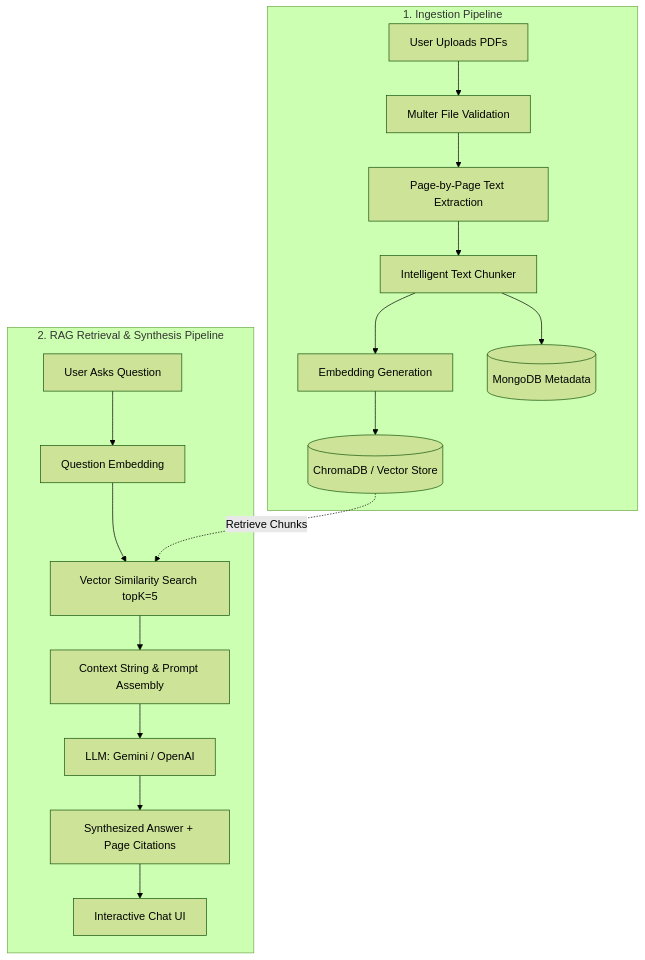
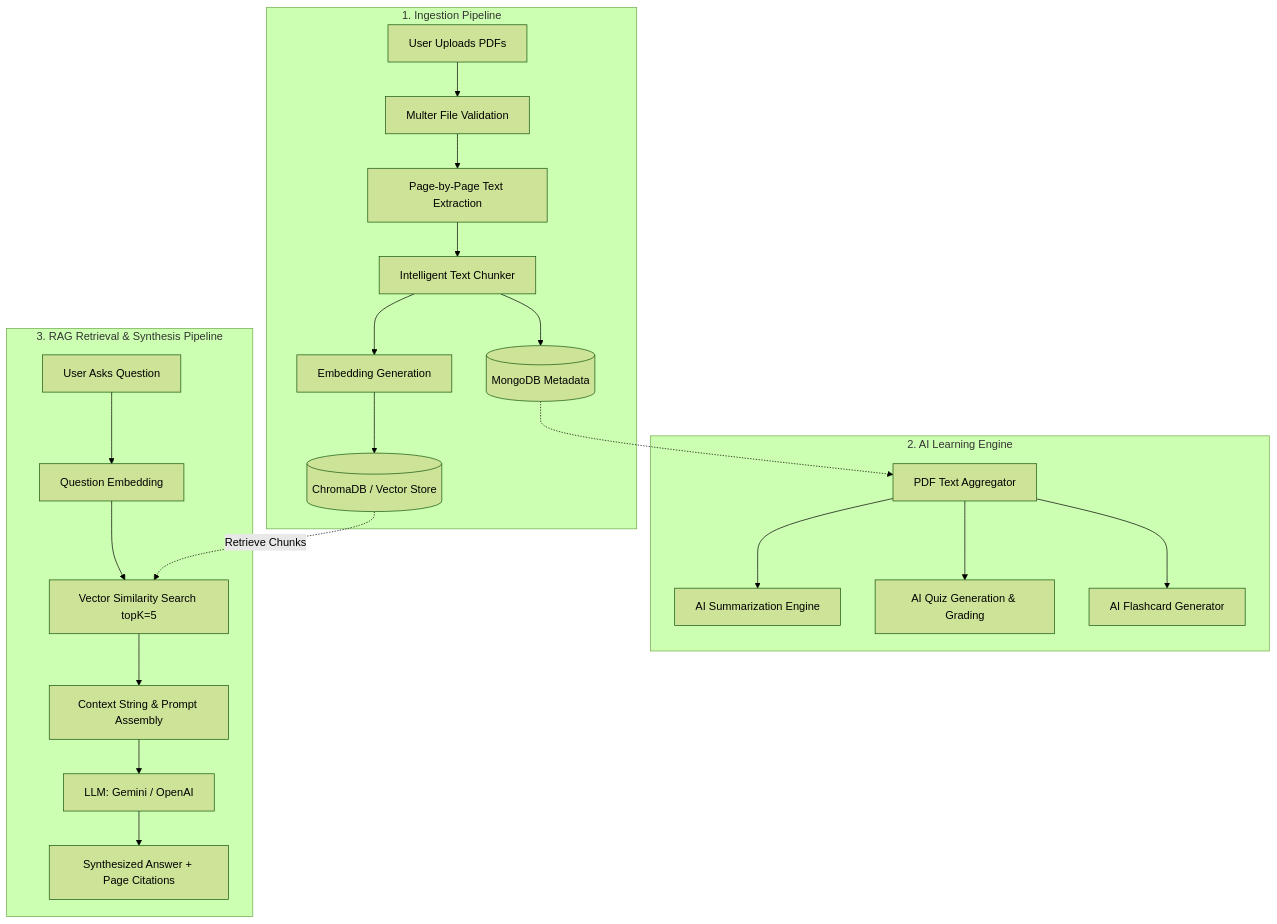
The diagram in README.md (bhargavit25/Multi_pdf_rag_system), drawn with Mermaid (forest theme) before and after one commit. The commit also changed other lines of this file and 51 other files, not shown here.

````diff
--- a/README.md
+++ b/README.md
@@ -36,21 +56,27 @@
 ```mermaid
 flowchart TD
     subgraph Ingestion["1. Ingestion Pipeline"]
         A[User Uploads PDFs] --> B[Multer File Validation]
         B --> C[Page-by-Page Text Extraction]
         C --> D[Intelligent Text Chunker]
         D --> E[Embedding Generation]
         E --> F[(ChromaDB / Vector Store)]
         D --> G[(MongoDB Metadata)]
     end
 
-    subgraph Query["2. RAG Retrieval & Synthesis Pipeline"]
-        H[User Asks Question] --> I[Question Embedding]
-        I --> J[Vector Similarity Search topK=5]
-        F -.->|Retrieve Chunks| J
-        J --> K[Context String & Prompt Assembly]
-        K --> L[LLM: Gemini / OpenAI]
-        L --> M[Synthesized Answer + Page Citations]
-        M --> N[Interactive Chat UI]
+    subgraph Learning["2. AI Learning Engine"]
+        G -.-> H[PDF Text Aggregator]
+        H --> I[AI Summarization Engine]
+        H --> J[AI Quiz Generation & Grading]
+        H --> K[AI Flashcard Generator]
+    end
+
+    subgraph Query["3. RAG Retrieval & Synthesis Pipeline"]
+        L[User Asks Question] --> M[Question Embedding]
+        M --> N[Vector Similarity Search topK=5]
+        F -.->|Retrieve Chunks| N
+        N --> O[Context String & Prompt Assembly]
+        O --> P[LLM: Gemini / OpenAI]
+        P --> Q[Synthesized Answer + Page Citations]
     end
 ```
````
